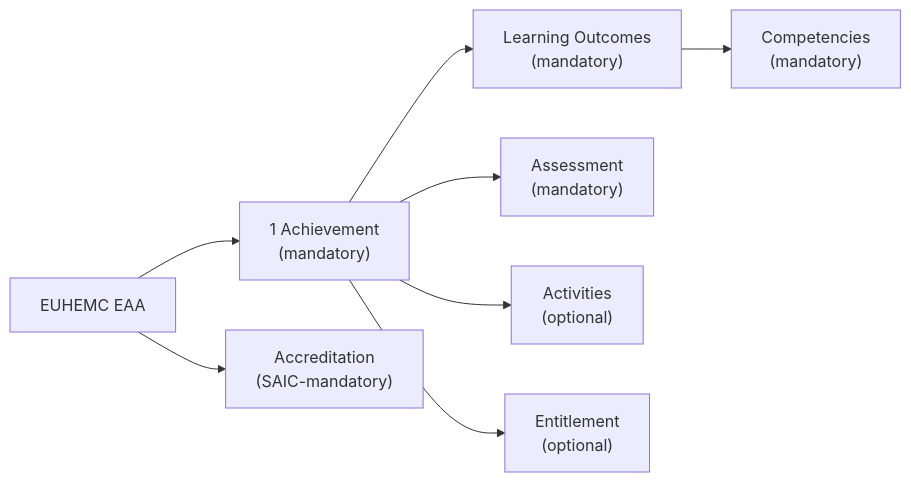
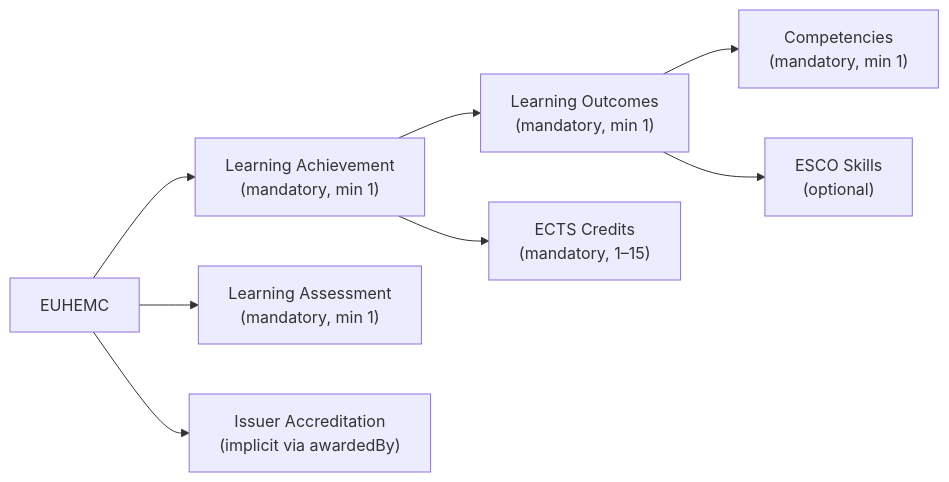
Before and after one commit to dc4eu/educational-pilot: the diagram in sectorial-eaa-catalogue/formal-education/business/highereducation-microcredential.md, drawn with Mermaid.

````diff
--- a/sectorial-eaa-catalogue/formal-education/business/highereducation-microcredential.md
+++ b/sectorial-eaa-catalogue/formal-education/business/highereducation-microcredential.md
@@ -52,10 +52,10 @@
 ```mermaid
 flowchart LR
-    A["EUHEMC EAA"] --> B["1 Achievement<br>(mandatory)"]
-    A --> C["Accreditation<br>(SAIC-mandatory)"]
-    B --> D["Learning Outcomes<br>(mandatory)"]
-    B --> E["Assessment<br>(mandatory)"]
-    B --> F["Activities<br>(optional)"]
-    B --> G["Entitlement<br>(optional)"]
-    D --> H["Competencies<br>(mandatory)"]
+    A["EUHEMC"] --> B["Learning Achievement<br>(mandatory, min 1)"]
+    A --> C["Learning Assessment<br>(mandatory, min 1)"]
+    A --> D["Issuer Accreditation<br>(implicit via awardedBy)"]
+    B --> E["Learning Outcomes<br>(mandatory, min 1)"]
+    B --> F["ECTS Credits<br>(mandatory, 1–15)"]
+    E --> G["Competencies<br>(mandatory, min 1)"]
+    E --> H["ESCO Skills<br>(optional)"]
 ```
````
